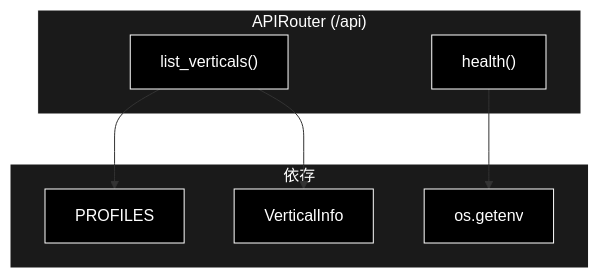
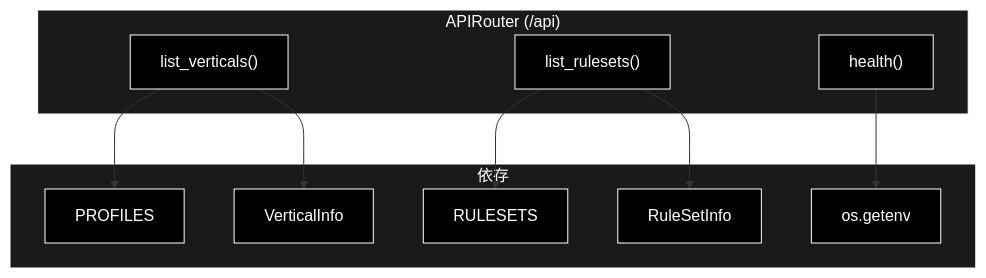
One commit to nakashima2toshio/grace_v2 changed the second of 3 diagrams in backend/docs/api_meta.md. Above: the diagram before and after it, drawn with Mermaid. The commit also changed other lines of this file and 9 other files, not shown here.

````diff
--- a/backend/docs/api_meta.md
+++ b/backend/docs/api_meta.md
@@ -99,22 +109,27 @@
 ```mermaid
 flowchart TB
     subgraph ROUTER["APIRouter (/api)"]
         LV["list_verticals()"]
+        LR["list_rulesets()"]
         HE["health()"]
     end
 
     subgraph DEPS["依存"]
         PROF["PROFILES"]
+        RSET["RULESETS"]
         VI["VerticalInfo"]
+        RSI["RuleSetInfo"]
         OS["os.getenv"]
     end
 
     LV --> PROF
     LV --> VI
+    LR --> RSET
+    LR --> RSI
     HE --> OS
 classDef default fill:#000,stroke:#fff,color:#fff
 classDef subgraphStyle fill:#1a1a1a,stroke:#fff,color:#fff
-class LV,HE,PROF,VI,OS default
+class LV,LR,HE,PROF,RSET,VI,RSI,OS default
 style ROUTER fill:#1a1a1a,stroke:#fff,color:#fff
 style DEPS fill:#1a1a1a,stroke:#fff,color:#fff
 ```
````
